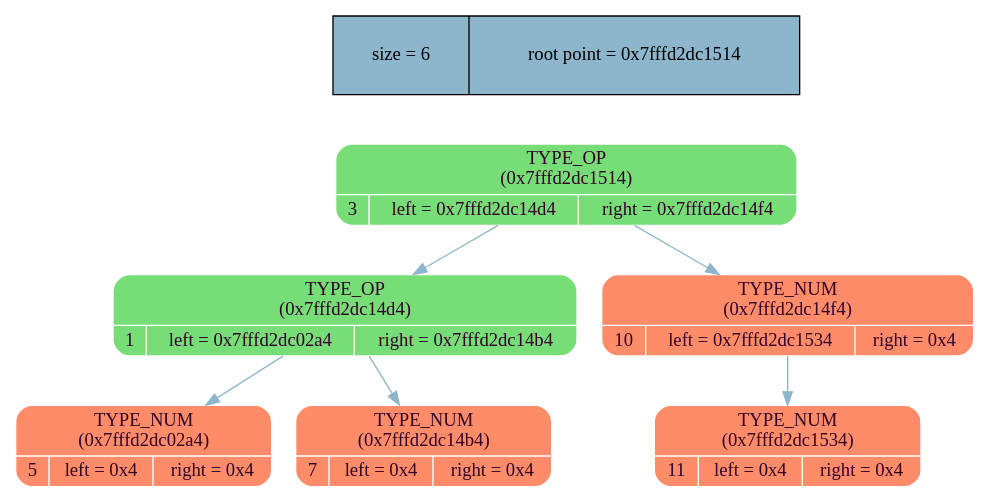
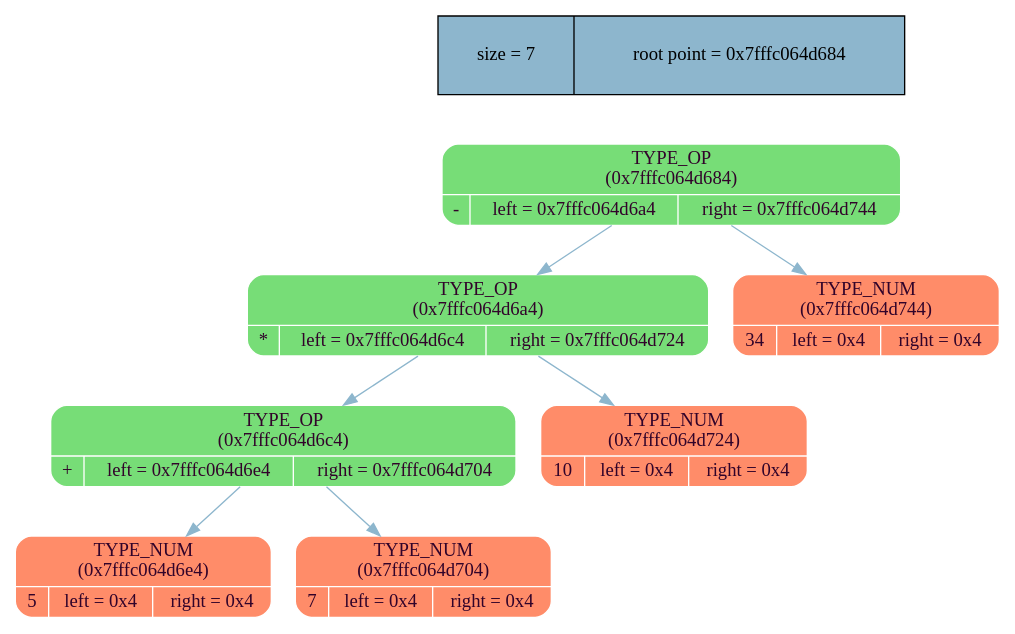
The diagram in dump_info/tree_dump.dot (MaxGroshev/differentiator), drawn with Graphviz before and after one commit. The commit also changed 13 other files, not shown here.

```diff
--- a/dump_info/tree_dump.dot
+++ b/dump_info/tree_dump.dot
@@ -1,20 +1,22 @@
 digraph   
 {
 rankdir = ""
 splines = "true"
 
-node_stat [margin = "0.3*0.3", style = "filled", shape = "record", fillcolor = "#8DB6CD" label = " size = 6 | root point = 0x7fffd2dc1514"]
+node_stat [margin = "0.3*0.3", style = "filled", shape = "record", fillcolor = "#8DB6CD" label = " size = 7 | root point = 0x7fffc064d684"]
 {rank = source; node_stat}
 
-node0x7fffd2dc1514 [shape = "Mrecord", fillcolor = "#77DD77", style = "filled", fontcolor = "#31032A", fontname = "Calibri", color = "white", label = "{TYPE_OP\n (0x7fffd2dc1514)| {3 |left = 0x7fffd2dc14d4 |right = 0x7fffd2dc14f4}}"]
-node0x7fffd2dc1514 -> node0x7fffd2dc14d4 [color = "#8DB6CD", style = "", constraint = true, fillcolor = "#8DB6CD",   fontcolor = "", fontname = "Calibri", label = ""];
-node0x7fffd2dc14d4 [shape = "Mrecord", fillcolor = "#77DD77", style = "filled", fontcolor = "#31032A", fontname = "Calibri", color = "white", label = "{TYPE_OP\n (0x7fffd2dc14d4)| {1 |left = 0x7fffd2dc02a4 |right = 0x7fffd2dc14b4}}"]
-node0x7fffd2dc14d4 -> node0x7fffd2dc02a4 [color = "#8DB6CD", style = "", constraint = true, fillcolor = "#8DB6CD",   fontcolor = "", fontname = "Calibri", label = ""];
-node0x7fffd2dc02a4 [shape = "Mrecord", fillcolor = "#FF8C69", style = "filled", fontcolor = "#31032A", fontname = "Calibri", color = "white", label = "{TYPE_NUM\n (0x7fffd2dc02a4)| {5 |left = 0x4 |right = 0x4}}"]
-node0x7fffd2dc14d4 -> node0x7fffd2dc14b4 [color = "#8DB6CD", style = "", constraint = true, fillcolor = "#8DB6CD",   fontcolor = "", fontname = "Calibri", label = ""];
-node0x7fffd2dc14b4 [shape = "Mrecord", fillcolor = "#FF8C69", style = "filled", fontcolor = "#31032A", fontname = "Calibri", color = "white", label = "{TYPE_NUM\n (0x7fffd2dc14b4)| {7 |left = 0x4 |right = 0x4}}"]
-node0x7fffd2dc1514 -> node0x7fffd2dc14f4 [color = "#8DB6CD", style = "", constraint = true, fillcolor = "#8DB6CD",   fontcolor = "", fontname = "Calibri", label = ""];
-node0x7fffd2dc14f4 [shape = "Mrecord", fillcolor = "#FF8C69", style = "filled", fontcolor = "#31032A", fontname = "Calibri", color = "white", label = "{TYPE_NUM\n (0x7fffd2dc14f4)| {10 |left = 0x7fffd2dc1534 |right = 0x4}}"]
-node0x7fffd2dc14f4 -> node0x7fffd2dc1534 [color = "#8DB6CD", style = "", constraint = true, fillcolor = "#8DB6CD",   fontcolor = "", fontname = "Calibri", label = ""];
-node0x7fffd2dc1534 [shape = "Mrecord", fillcolor = "#FF8C69", style = "filled", fontcolor = "#31032A", fontname = "Calibri", color = "white", label = "{TYPE_NUM\n (0x7fffd2dc1534)| {11 |left = 0x4 |right = 0x4}}"]
+node0x7fffc064d684 [shape = "Mrecord", fillcolor = "#77DD77", style = "filled", fontcolor = "#31032A", fontname = "Calibri", color = "white", label = "{TYPE_OP\n (0x7fffc064d684)| {- |left = 0x7fffc064d6a4 |right = 0x7fffc064d744}}"]
+node0x7fffc064d684 -> node0x7fffc064d6a4 [color = "#8DB6CD", style = "", constraint = true, fillcolor = "#8DB6CD",   fontcolor = "", fontname = "Calibri", label = ""];
+node0x7fffc064d6a4 [shape = "Mrecord", fillcolor = "#77DD77", style = "filled", fontcolor = "#31032A", fontname = "Calibri", color = "white", label = "{TYPE_OP\n (0x7fffc064d6a4)| {* |left = 0x7fffc064d6c4 |right = 0x7fffc064d724}}"]
+node0x7fffc064d6a4 -> node0x7fffc064d6c4 [color = "#8DB6CD", style = "", constraint = true, fillcolor = "#8DB6CD",   fontcolor = "", fontname = "Calibri", label = ""];
+node0x7fffc064d6c4 [shape = "Mrecord", fillcolor = "#77DD77", style = "filled", fontcolor = "#31032A", fontname = "Calibri", color = "white", label = "{TYPE_OP\n (0x7fffc064d6c4)| {+ |left = 0x7fffc064d6e4 |right = 0x7fffc064d704}}"]
+node0x7fffc064d6c4 -> node0x7fffc064d6e4 [color = "#8DB6CD", style = "", constraint = true, fillcolor = "#8DB6CD",   fontcolor = "", fontname = "Calibri", label = ""];
+node0x7fffc064d6e4 [shape = "Mrecord", fillcolor = "#FF8C69", style = "filled", fontcolor = "#31032A", fontname = "Calibri", color = "white", label = "{TYPE_NUM\n (0x7fffc064d6e4)| {5 |left = 0x4 |right = 0x4}}"]
+node0x7fffc064d6c4 -> node0x7fffc064d704 [color = "#8DB6CD", style = "", constraint = true, fillcolor = "#8DB6CD",   fontcolor = "", fontname = "Calibri", label = ""];
+node0x7fffc064d704 [shape = "Mrecord", fillcolor = "#FF8C69", style = "filled", fontcolor = "#31032A", fontname = "Calibri", color = "white", label = "{TYPE_NUM\n (0x7fffc064d704)| {7 |left = 0x4 |right = 0x4}}"]
+node0x7fffc064d6a4 -> node0x7fffc064d724 [color = "#8DB6CD", style = "", constraint = true, fillcolor = "#8DB6CD",   fontcolor = "", fontname = "Calibri", label = ""];
+node0x7fffc064d724 [shape = "Mrecord", fillcolor = "#FF8C69", style = "filled", fontcolor = "#31032A", fontname = "Calibri", color = "white", label = "{TYPE_NUM\n (0x7fffc064d724)| {10 |left = 0x4 |right = 0x4}}"]
+node0x7fffc064d684 -> node0x7fffc064d744 [color = "#8DB6CD", style = "", constraint = true, fillcolor = "#8DB6CD",   fontcolor = "", fontname = "Calibri", label = ""];
+node0x7fffc064d744 [shape = "Mrecord", fillcolor = "#FF8C69", style = "filled", fontcolor = "#31032A", fontname = "Calibri", color = "white", label = "{TYPE_NUM\n (0x7fffc064d744)| {34 |left = 0x4 |right = 0x4}}"]
 }
```
